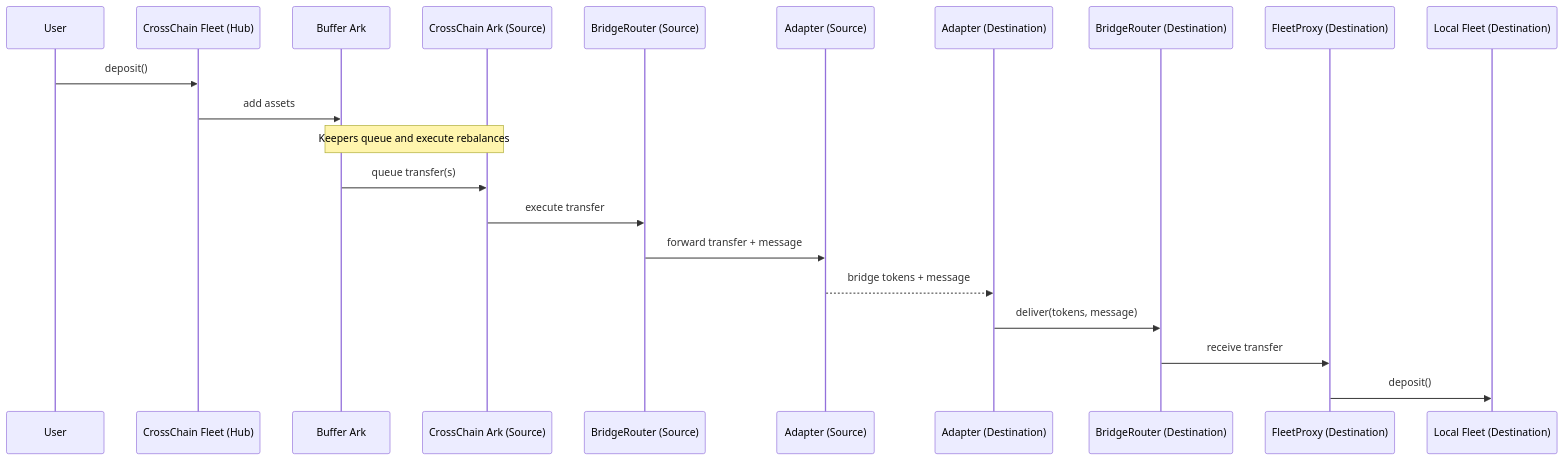
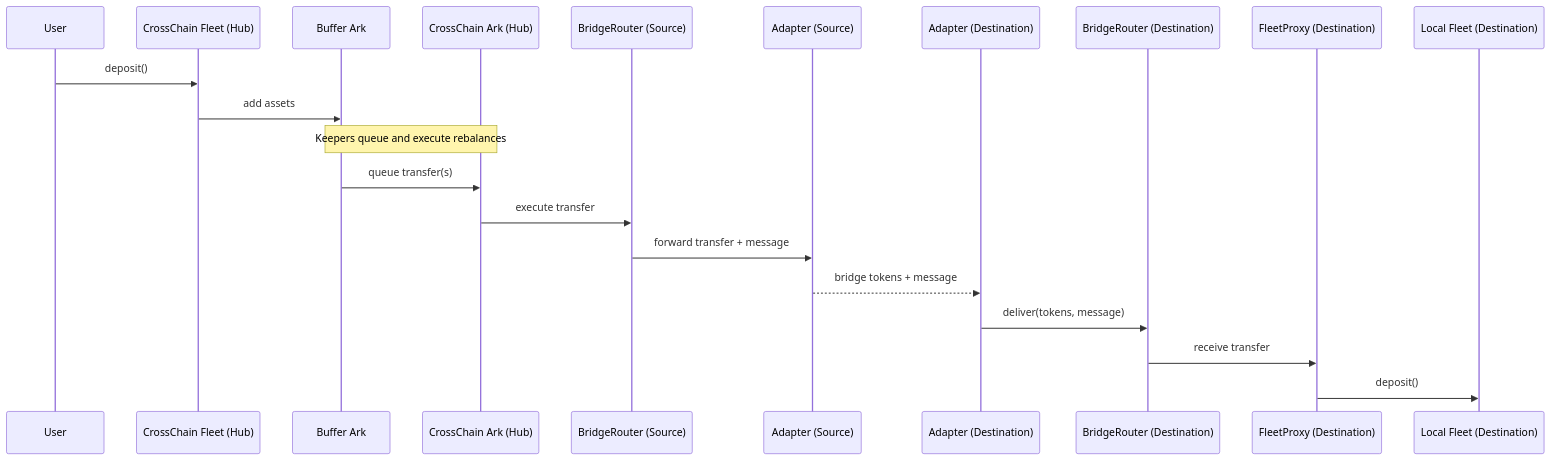
One commit to OasisDEX/summer-earn-protocol changed the diagram in docs/cross-chain/OVERVIEW.md. Above: the diagram before and after it, drawn with Mermaid. The commit also changed other lines of this file and 3 other files, not shown here.

First line of the commit message:
docs: update cross-chain terminology to reflect hub chain references

````diff
--- a/docs/cross-chain/OVERVIEW.md
+++ b/docs/cross-chain/OVERVIEW.md
@@ -29,24 +29,24 @@
 ```mermaid
 sequenceDiagram
   participant User as User
   participant Fleet as CrossChain Fleet (Hub)
   participant Buffer as Buffer Ark
-  participant Ark as CrossChain Ark (Source)
+  participant Ark as CrossChain Ark (Hub)
   participant RouterS as BridgeRouter (Source)
   participant AdapterS as Adapter (Source)
   participant AdapterD as Adapter (Destination)
   participant RouterD as BridgeRouter (Destination)
   participant Proxy as FleetProxy (Destination)
   participant Local as Local Fleet (Destination)
 
   User->>Fleet: deposit()
   Fleet->>Buffer: add assets
   Note over Buffer,Ark: Keepers queue and execute rebalances
   Buffer->>Ark: queue transfer(s)
   Ark->>RouterS: execute transfer
   RouterS->>AdapterS: forward transfer + message
   AdapterS-->>AdapterD: bridge tokens + message
   AdapterD->>RouterD: deliver(tokens, message)
   RouterD->>Proxy: receive transfer
   Proxy->>Local: deposit()
 ```
````
